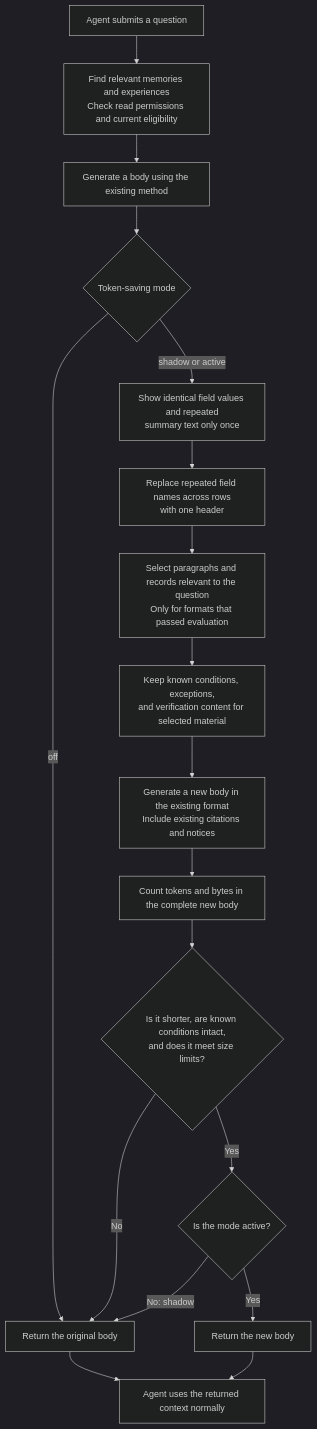
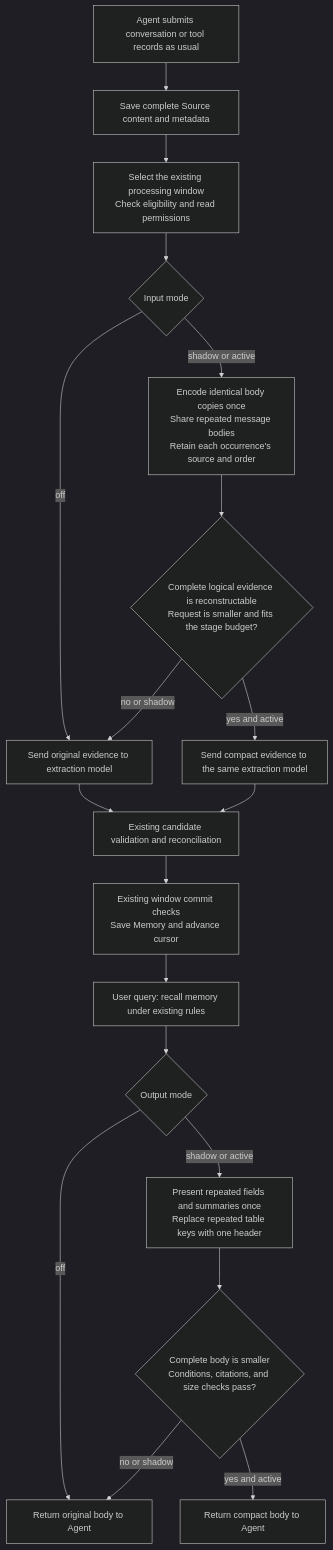
Before and after one commit to 2397819368a-oss/powercontext-2026: the diagram in docs/en/rfcs/1990-token-budgeted-evidence-delivery.md, drawn with Mermaid (dark theme). The commit also changed other lines of this file and 5 other files, not shown here.

Commit message:
docs(rfc): add extraction input gate to token optimization

````diff
--- a/docs/en/rfcs/1990-token-budgeted-evidence-delivery.md
+++ b/docs/en/rfcs/1990-token-budgeted-evidence-delivery.md
@@ -119,20 +111,21 @@
 ```mermaid
 flowchart TD
-    A[Agent submits a question] --> B[Find relevant memories and experiences<br/>Check read permissions and current eligibility]
-    B --> C[Generate a body using the existing method]
-    C --> D{Token-saving mode}
-    D -->|off| O[Return the original body]
-    D -->|shadow or active| E[Show identical field values and repeated<br/>summary text only once]
-    E --> F[Replace repeated field names across rows<br/>with one header]
-    F --> G[Select paragraphs and records relevant to the question<br/>Only for formats that passed evaluation]
-    G --> H[Keep known conditions, exceptions,<br/>and verification content for selected material]
-    H --> I[Generate a new body in the existing format<br/>Include existing citations and notices]
-    I --> J[Count tokens and bytes in the complete new body]
-    J --> K{Is it shorter, are known conditions intact,<br/>and does it meet size limits?}
-    K -->|No| O
-    K -->|Yes| L{Is the mode active?}
-    L -->|No: shadow| O
-    L -->|Yes| N[Return the new body]
-    O --> P[Agent uses the returned context normally]
-    N --> P
+    A[Agent submits conversation or tool records as usual] --> B[Save complete Source content and metadata]
+    B --> C[Select the existing processing window<br/>Check eligibility and read permissions]
+    C --> D{Input mode}
+    D -->|off| E[Send original evidence to extraction model]
+    D -->|shadow or active| F[Encode identical body copies once<br/>Share repeated message bodies<br/>Retain each occurrence's source and order]
+    F --> G{Complete logical evidence is reconstructable<br/>Request is smaller and fits the stage budget?}
+    G -->|no or shadow| E
+    G -->|yes and active| H[Send compact evidence to the same extraction model]
+    E --> I[Existing candidate validation and reconciliation]
+    H --> I
+    I --> J[Existing window commit checks<br/>Save Memory and advance cursor]
+    J --> K[User query: recall memory under existing rules]
+    K --> L{Output mode}
+    L -->|off| M[Return original body to Agent]
+    L -->|shadow or active| N[Present repeated fields and summaries once<br/>Replace repeated table keys with one header]
+    N --> O{Complete body is smaller<br/>Conditions, citations, and size checks pass?}
+    O -->|no or shadow| M
+    O -->|yes and active| P[Return compact body to Agent]
 ```
````
